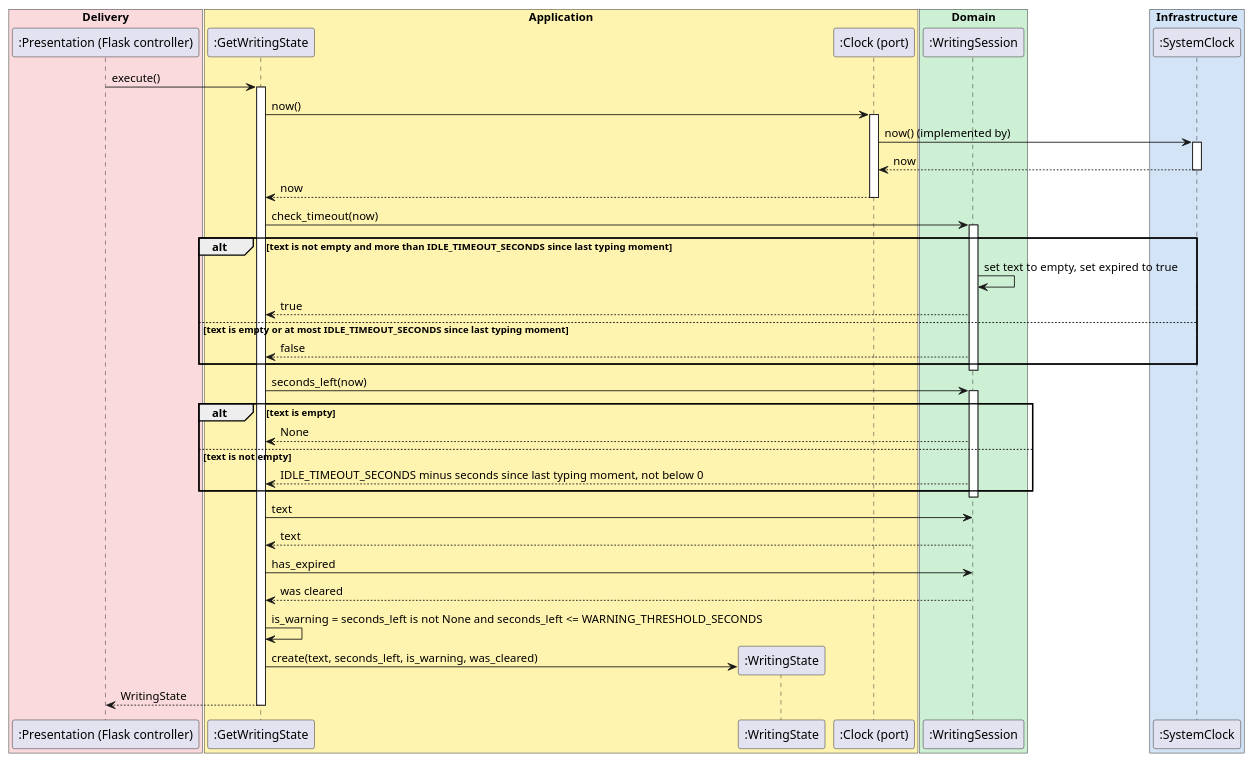
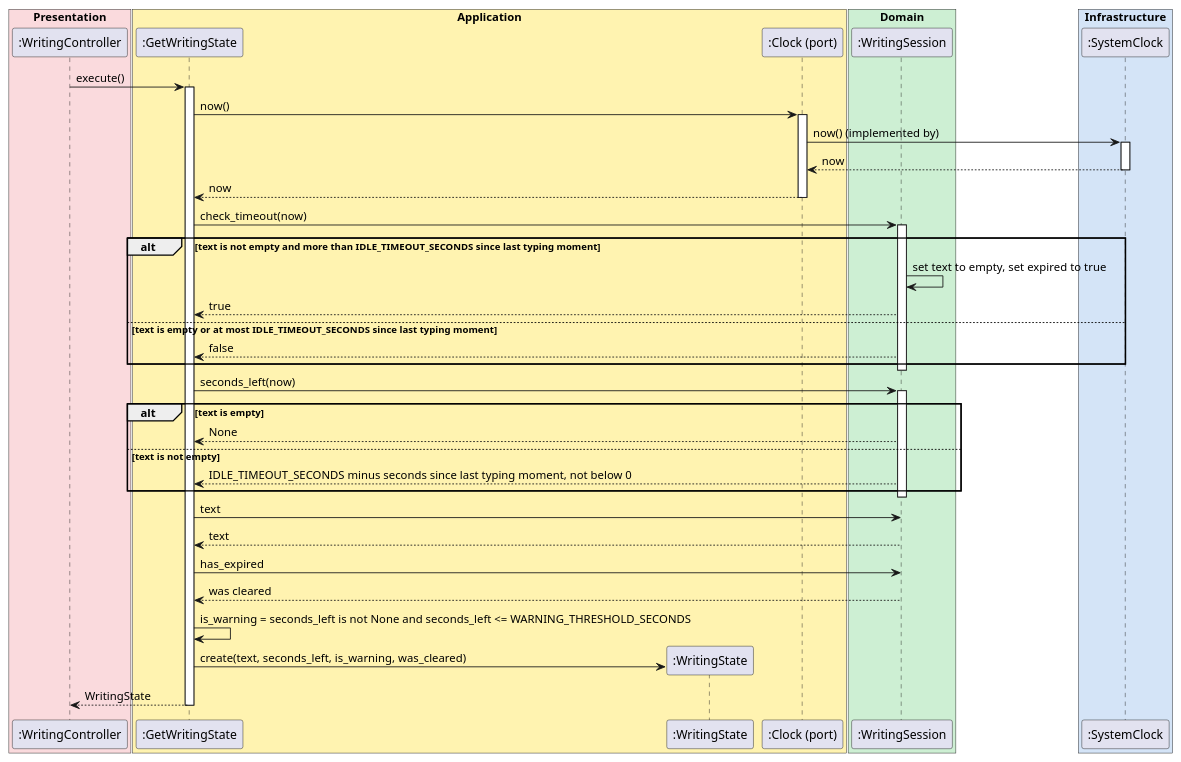
One commit to Tirsvad-Udemy-100-days-of-code/090-assignment-disappearing-text-writing-app changed the third of 3 diagrams in docs/use-cases/uc-001/sd.md. Above: the diagram before and after it, drawn with PlantUML. The commit also changed other lines of this file and 8 other files, not shown here.

Commit message:
Design the Flask presentation layer in the class diagrams (MIL-003)

````diff
--- a/docs/use-cases/uc-001/sd.md
+++ b/docs/use-cases/uc-001/sd.md
@@ -145,53 +151,53 @@
 ```plantuml
 @startuml
-box "Delivery" #FADADD
-participant ":Presentation (Flask controller)" as P
+box "Presentation" #FADADD
+participant ":WritingController" as P
 end box
 box "Application" #FFF3B0
 participant ":GetWritingState" as GS
 participant ":WritingState" as ST
 participant ":Clock (port)" as CK
 end box
 box "Domain" #CDEFD3
 participant ":WritingSession" as WS
 end box
 box "Infrastructure" #D4E4F7
 participant ":SystemClock" as SC
 end box
 P -> GS : execute()
 activate GS
 GS -> CK : now()
 activate CK
 CK -> SC : now() (implemented by)
 activate SC
 SC --> CK : now
 deactivate SC
 CK --> GS : now
 deactivate CK
 GS -> WS : check_timeout(now)
 activate WS
 alt text is not empty and more than IDLE_TIMEOUT_SECONDS since last typing moment
   WS -> WS : set text to empty, set expired to true
   WS --> GS : true
 else text is empty or at most IDLE_TIMEOUT_SECONDS since last typing moment
   WS --> GS : false
 end
 deactivate WS
 GS -> WS : seconds_left(now)
 activate WS
 alt text is empty
   WS --> GS : None
 else text is not empty
   WS --> GS : IDLE_TIMEOUT_SECONDS minus seconds since last typing moment, not below 0
 end
 deactivate WS
 GS -> WS : text
 WS --> GS : text
 GS -> WS : has_expired
 WS --> GS : was cleared
 GS -> GS : is_warning = seconds_left is not None and seconds_left <= WARNING_THRESHOLD_SECONDS
 GS -> ST ** : create(text, seconds_left, is_warning, was_cleared)
 GS --> P : WritingState
 deactivate GS
 @enduml
 ```
````
